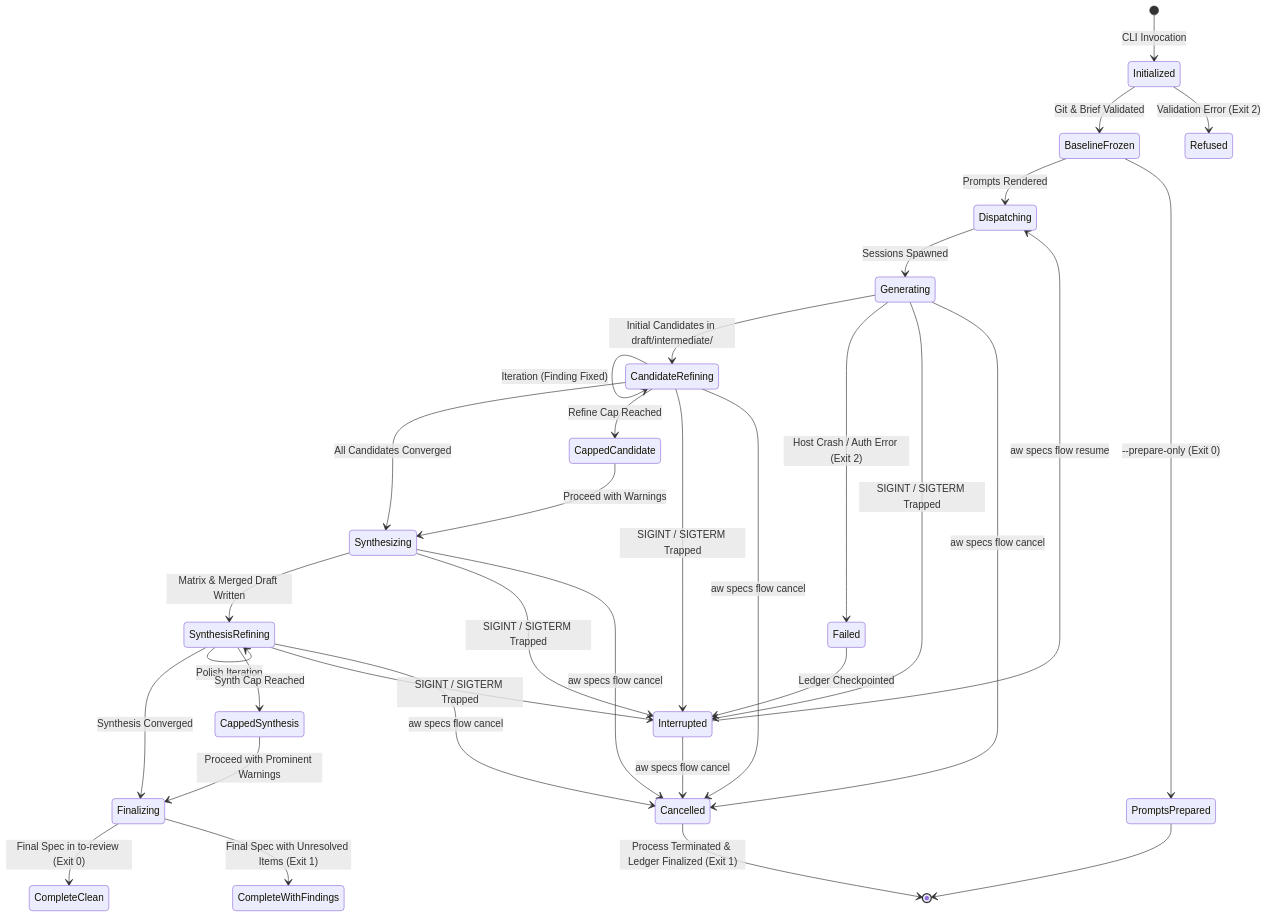
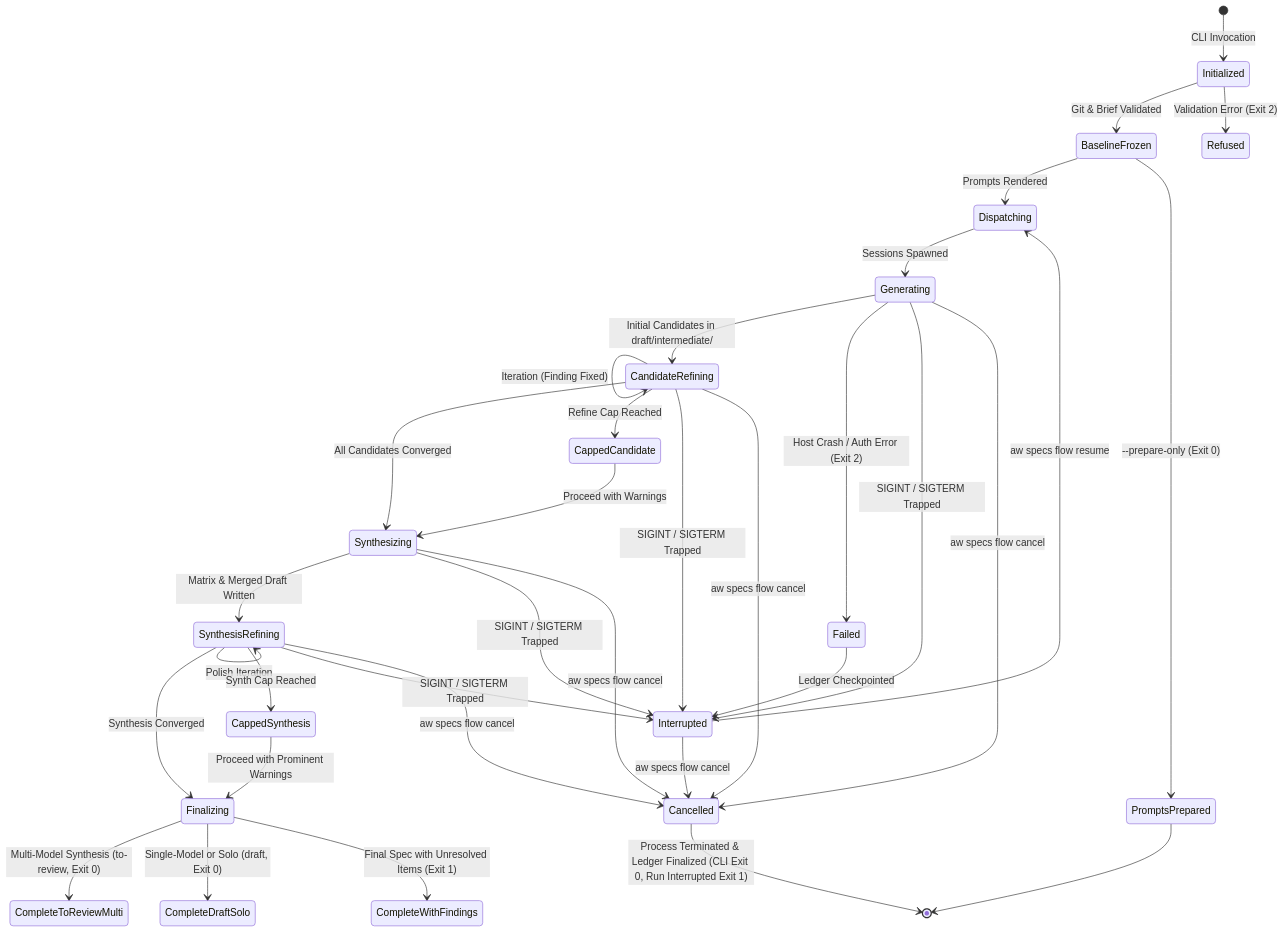
One commit to fariello/agent-workflows changed the fourth of 4 diagrams in .aw/records/specs/draft/20261024-specflow-01-18hh1u-spec-research-synthesis.spec.md. Above: the diagram before and after it, drawn with Mermaid. The commit also changed other lines of this file and 1 other file, not shown here.

First line of the commit message:
docs(specs): refine candidate spec 18hh1u per adversarial review ye6osz

````diff
--- a/.aw/records/specs/draft/20261024-specflow-01-18hh1u-spec-research-synthesis.spec.md
+++ b/.aw/records/specs/draft/20261024-specflow-01-18hh1u-spec-research-synthesis.spec.md
@@ -789,44 +819,45 @@
 ```mermaid
 stateDiagram-v2
     [*] --> Initialized: CLI Invocation
     Initialized --> BaselineFrozen: Git & Brief Validated
     Initialized --> Refused: Validation Error (Exit 2)
 
     BaselineFrozen --> Dispatching: Prompts Rendered
     BaselineFrozen --> PromptsPrepared: --prepare-only (Exit 0)
     PromptsPrepared --> [*]
     Dispatching --> Generating: Sessions Spawned
 
     Generating --> CandidateRefining: Initial Candidates in draft/intermediate/
     Generating --> Failed: Host Crash / Auth Error (Exit 2)
     Generating --> Interrupted: SIGINT / SIGTERM Trapped
     Generating --> Cancelled: aw specs flow cancel
 
     CandidateRefining --> CandidateRefining: Iteration (Finding Fixed)
     CandidateRefining --> Synthesizing: All Candidates Converged
     CandidateRefining --> CappedCandidate: Refine Cap Reached
     CandidateRefining --> Interrupted: SIGINT / SIGTERM Trapped
     CandidateRefining --> Cancelled: aw specs flow cancel
 
     CappedCandidate --> Synthesizing: Proceed with Warnings
 
     Synthesizing --> SynthesisRefining: Matrix & Merged Draft Written
     Synthesizing --> Interrupted: SIGINT / SIGTERM Trapped
     Synthesizing --> Cancelled: aw specs flow cancel
 
     SynthesisRefining --> SynthesisRefining: Polish Iteration
     SynthesisRefining --> Finalizing: Synthesis Converged
     SynthesisRefining --> CappedSynthesis: Synth Cap Reached
     SynthesisRefining --> Interrupted: SIGINT / SIGTERM Trapped
     SynthesisRefining --> Cancelled: aw specs flow cancel
 
     CappedSynthesis --> Finalizing: Proceed with Prominent Warnings
 
-    Finalizing --> CompleteClean: Final Spec in to-review (Exit 0)
+    Finalizing --> CompleteToReviewMulti: Multi-Model Synthesis (to-review, Exit 0)
+    Finalizing --> CompleteDraftSolo: Single-Model or Solo (draft, Exit 0)
     Finalizing --> CompleteWithFindings: Final Spec with Unresolved Items (Exit 1)
 
     Failed --> Interrupted: Ledger Checkpointed
     Interrupted --> Dispatching: aw specs flow resume
     Interrupted --> Cancelled: aw specs flow cancel
-    Cancelled --> [*]: Process Terminated & Ledger Finalized (Exit 1)
+    Cancelled --> [*]: Process Terminated & Ledger Finalized (CLI Exit 0, Run Interrupted Exit 1)
 ```
````
